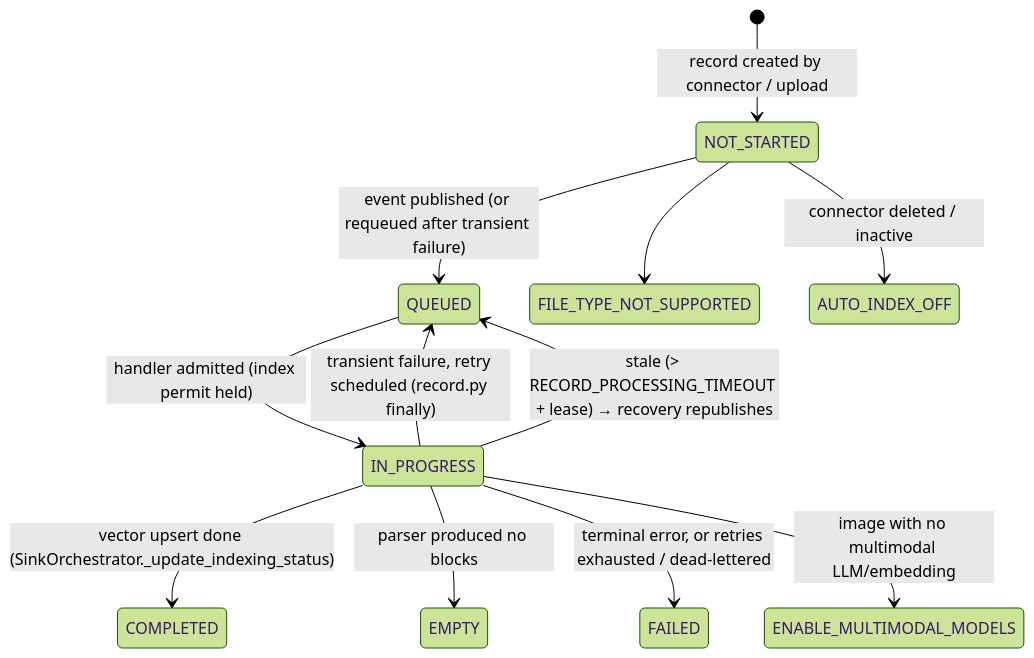
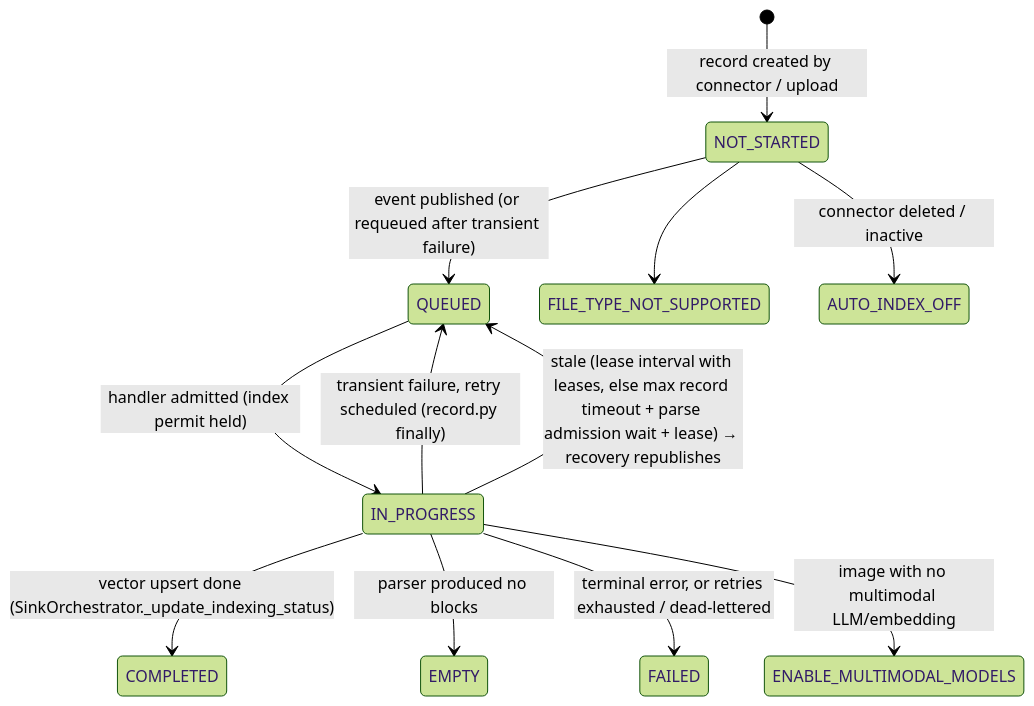
The second of 4 diagrams in docs/indexing-service.md (vishwjeet-pawar03/pipeshub-ai), drawn with Mermaid (forest theme) before and after one commit. The commit also changed other lines of this file and 10 other files, not shown here.

````diff
--- a/docs/indexing-service.md
+++ b/docs/indexing-service.md
@@ -69,14 +69,14 @@
 ```mermaid
 stateDiagram-v2
     [*] --> NOT_STARTED: record created by connector / upload
     NOT_STARTED --> QUEUED: event published (or requeued after transient failure)
     QUEUED --> IN_PROGRESS: handler admitted (index permit held)
     IN_PROGRESS --> COMPLETED: vector upsert done (SinkOrchestrator._update_indexing_status)
     IN_PROGRESS --> EMPTY: parser produced no blocks
     IN_PROGRESS --> QUEUED: transient failure, retry scheduled (record.py finally)
     IN_PROGRESS --> FAILED: terminal error, or retries exhausted / dead-lettered
-    IN_PROGRESS --> QUEUED: stale (> RECORD_PROCESSING_TIMEOUT + lease) → recovery republishes
+    IN_PROGRESS --> QUEUED: stale (lease interval with leases, else max record timeout + parse admission wait + lease) → recovery republishes
     NOT_STARTED --> FILE_TYPE_NOT_SUPPORTED
     NOT_STARTED --> AUTO_INDEX_OFF: connector deleted / inactive
     IN_PROGRESS --> ENABLE_MULTIMODAL_MODELS: image with no multimodal LLM/embedding
 ```
````
